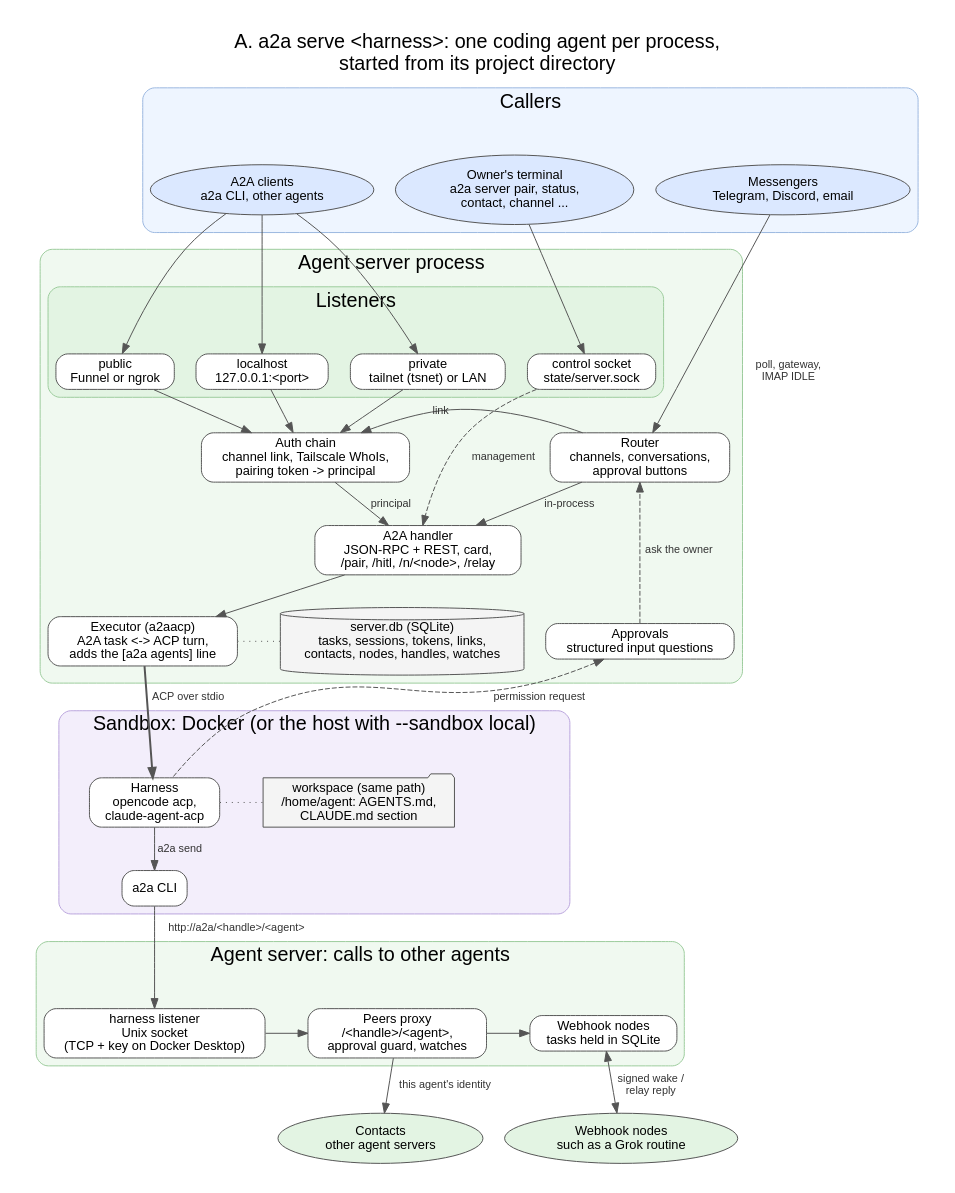
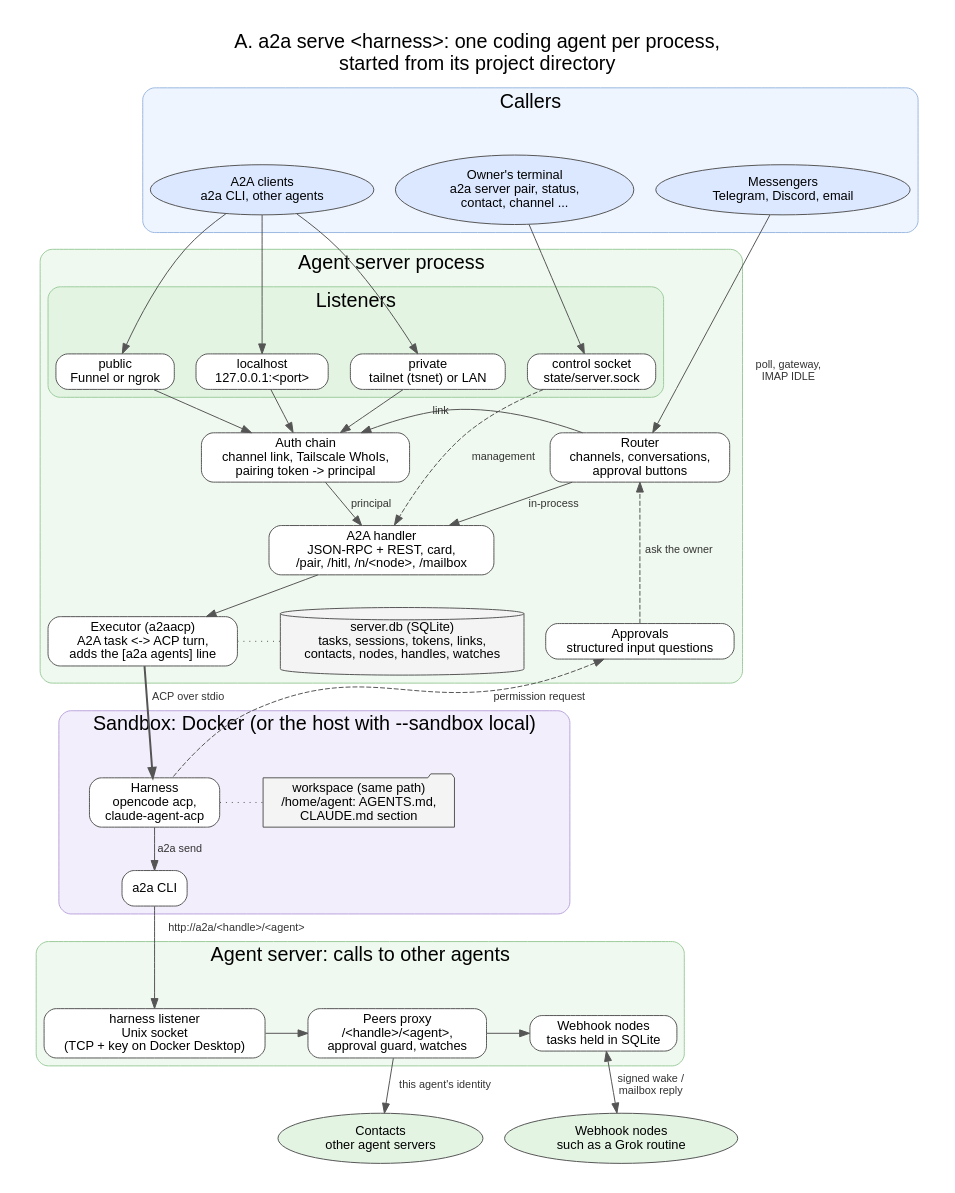
One commit to a2aproject/a2a-serve changed the diagram in docs/graphs/agent-server-overview.dot. Above: the diagram before and after it, drawn with Graphviz. The commit also changed 42 other files, not shown here.

First line of the commit message:
feat!: move webhook node commands from relay to mailbox (#21)

```diff
--- a/docs/graphs/agent-server-overview.dot
+++ b/docs/graphs/agent-server-overview.dot
@@ -1,86 +1,86 @@
 // A. Overview: who reaches the agent server, what runs inside it, and
 // where the harness runs. Top to bottom: callers, listeners, server core,
 // sandbox, calls to other agents.
 // Render: dot -Tpng -Gdpi=110 agent-server-overview.dot -o agent-server-overview.png
 digraph agent_server_overview {
   rankdir=TB;
   graph [fontname="Helvetica", nodesep=0.3, ranksep=0.45, pad=0.3, compound=true, newrank=true,
          label="A. a2a serve <harness>: one coding agent per process,\nstarted from its project directory", labelloc=t, fontsize=20];
   node  [fontname="Helvetica", fontsize=13, shape=box, style="rounded,filled", fillcolor="#ffffff", color="#555555"];
   edge  [fontname="Helvetica", fontsize=11, color="#555555", fontcolor="#333333"];
 
   subgraph cluster_callers {
     label="Callers"; style="rounded,filled"; fillcolor="#eef5ff"; color="#9bb7e0";
     { rank=same;
       Messenger [label="Messengers\nTelegram, Discord, email", shape=ellipse, fillcolor="#dbe8ff"];
       Client    [label="A2A clients\na2a CLI, other agents", shape=ellipse, fillcolor="#dbe8ff"];
       Owner     [label="Owner's terminal\na2a server pair, status,\ncontact, channel ...", shape=ellipse, fillcolor="#dbe8ff"];
     }
   }
 
   subgraph cluster_server {
     label="Agent server process"; style="rounded,filled"; fillcolor="#f0f9f0"; color="#9ccc9c";
     subgraph cluster_in {
       label="Listeners"; style="rounded,filled"; fillcolor="#e3f4e3"; color="#9ccc9c";
       { rank=same;
         Local   [label="localhost\n127.0.0.1:<port>"];
         Private [label="private\ntailnet (tsnet) or LAN"];
         Public  [label="public\nFunnel or ngrok"];
         Control [label="control socket\nstate/server.sock"];
       }
     }
     Router  [label="Router\nchannels, conversations,\napproval buttons"];
     Auth    [label="Auth chain\nchannel link, Tailscale WhoIs,\npairing token -> principal"];
-    Handler [label="A2A handler\nJSON-RPC + REST, card,\n/pair, /hitl, /n/<node>, /relay"];
+    Handler [label="A2A handler\nJSON-RPC + REST, card,\n/pair, /hitl, /n/<node>, /mailbox"];
     Approvals [label="Approvals\nstructured input questions"];
     Exec    [label="Executor (a2aacp)\nA2A task <-> ACP turn,\nadds the [a2a agents] line"];
     DB      [label="server.db (SQLite)\ntasks, sessions, tokens, links,\ncontacts, nodes, handles, watches", shape=cylinder, fillcolor="#f4f4f4"];
   }
 
   subgraph cluster_sandbox {
     label="Sandbox: Docker (or the host with --sandbox local)"; style="rounded,filled"; fillcolor="#f3eefb"; color="#b9a4dd";
     { rank=same;
       Harness [label="Harness\nopencode acp,\nclaude-agent-acp"];
       Files   [label="workspace (same path)\n/home/agent: AGENTS.md,\nCLAUDE.md section", shape=folder, fillcolor="#f4f4f4"];
     }
     CLI [label="a2a CLI"];
   }
 
   subgraph cluster_out {
     label="Agent server: calls to other agents"; style="rounded,filled"; fillcolor="#f0f9f0"; color="#9ccc9c";
     { rank=same;
       HSock [label="harness listener\nUnix socket\n(TCP + key on Docker Desktop)"];
       Peers [label="Peers proxy\n/<handle>/<agent>,\napproval guard, watches"];
       Nodes [label="Webhook nodes\ntasks held in SQLite"];
     }
   }
 
   { rank=same;
     Remote  [label="Contacts\nother agent servers", shape=ellipse, fillcolor="#e3f4e3"];
     Webhook [label="Webhook nodes\nsuch as a Grok routine", shape=ellipse, fillcolor="#e3f4e3"];
   }
 
   { rank=same; Router; Auth; }
   { rank=same; Approvals; Exec; DB; }
 
   Messenger -> Router [label="poll, gateway,\nIMAP IDLE"];
   Client -> Local; Client -> Private; Client -> Public;
   Owner -> Control;
   Local -> Auth; Private -> Auth; Public -> Auth;
   Router -> Auth [label="link"];
   Router -> Handler [label="in-process"];
   Auth -> Handler [label="principal"];
   Control -> Handler [label="management", style=dashed];
   Handler -> Exec;
   Approvals -> Router [label="ask the owner", style=dashed];
   Exec -> DB [dir=none, style=dotted];
   Exec -> Harness [label="ACP over stdio", style=bold];
   Approvals -> Harness [label="permission request", style=dashed, dir=back];
   Harness -> Files [dir=none, style=dotted];
   Harness -> CLI [label="a2a send"];
   CLI -> HSock [label="http://a2a/<handle>/<agent>"];
   HSock -> Peers;
   Peers -> Nodes;
   Peers -> Remote [label="this agent's identity"];
-  Nodes -> Webhook [label="signed wake /\nrelay reply", dir=both];
+  Nodes -> Webhook [label="signed wake /\nmailbox reply", dir=both];
 }
```
